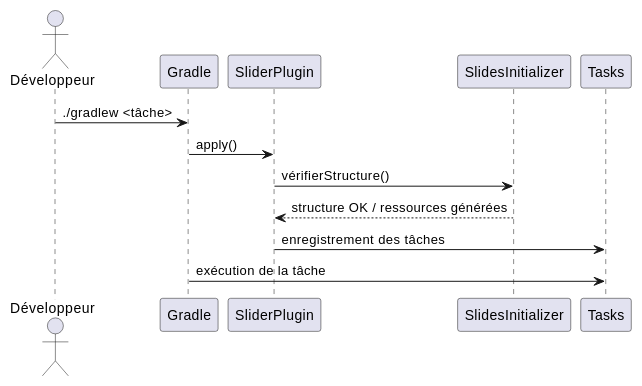
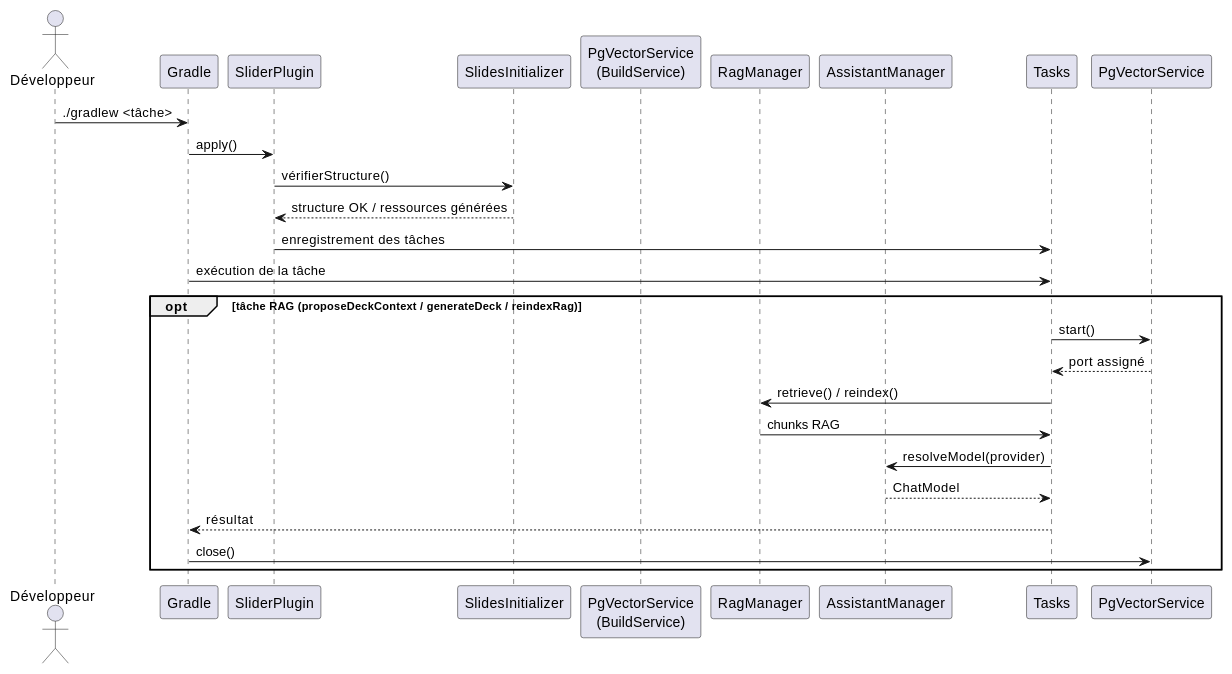
The fourth of 10 diagrams in README_plantuml_fr.adoc (cheroliv/slider-gradle), drawn with PlantUML before and after one commit. The commit also changed other lines of this file and 1 other file, not shown here.

Commit message:
📝 docs(README_plantuml*): update AI generation process and file structure for deck context and generated decks

```diff
--- a/README_plantuml_fr.adoc
+++ b/README_plantuml_fr.adoc
@@ -187,18 +221,32 @@
 [plantuml]
 ....
 @startuml
 actor Développeur
 
 participant "Gradle" as Gradle
 participant "SliderPlugin"
 participant "SlidesInitializer"
+participant "PgVectorService\n(BuildService)"
+participant "RagManager"
+participant "AssistantManager"
 participant "Tasks"
 
 Développeur -> Gradle : ./gradlew <tâche>
 Gradle -> SliderPlugin : apply()
 SliderPlugin -> SlidesInitializer : vérifierStructure()
 SlidesInitializer --> SliderPlugin : structure OK / ressources générées
 SliderPlugin -> Tasks : enregistrement des tâches
 Gradle -> Tasks : exécution de la tâche
+
+opt tâche RAG (proposeDeckContext / generateDeck / reindexRag)
+  Tasks -> PgVectorService : start()
+  PgVectorService --> Tasks : port assigné
+  Tasks -> RagManager : retrieve() / reindex()
+  RagManager -> Tasks : chunks RAG
+  Tasks -> AssistantManager : resolveModel(provider)
+  AssistantManager --> Tasks : ChatModel
+  Tasks --> Gradle : résultat
+  Gradle -> PgVectorService : close()
+end
 @enduml
 ....
```
